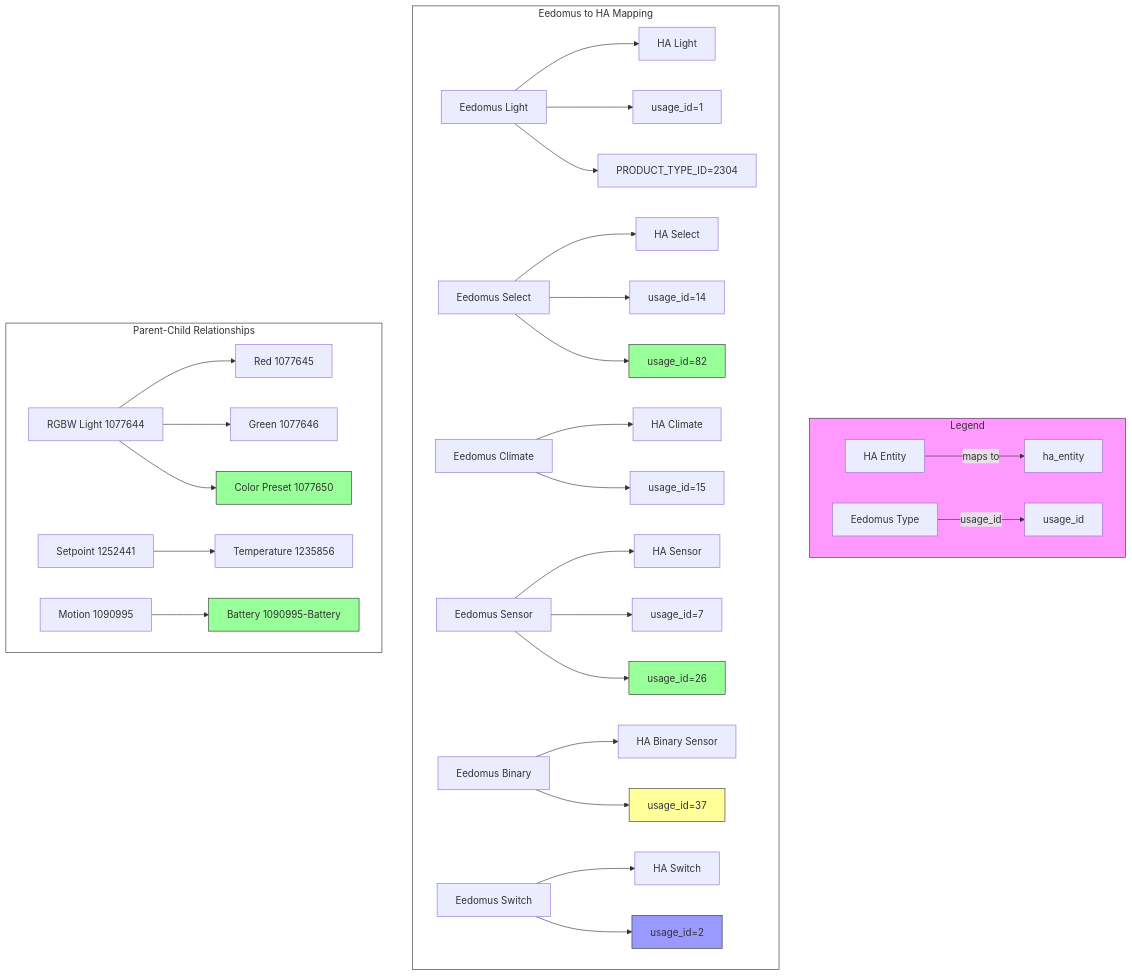
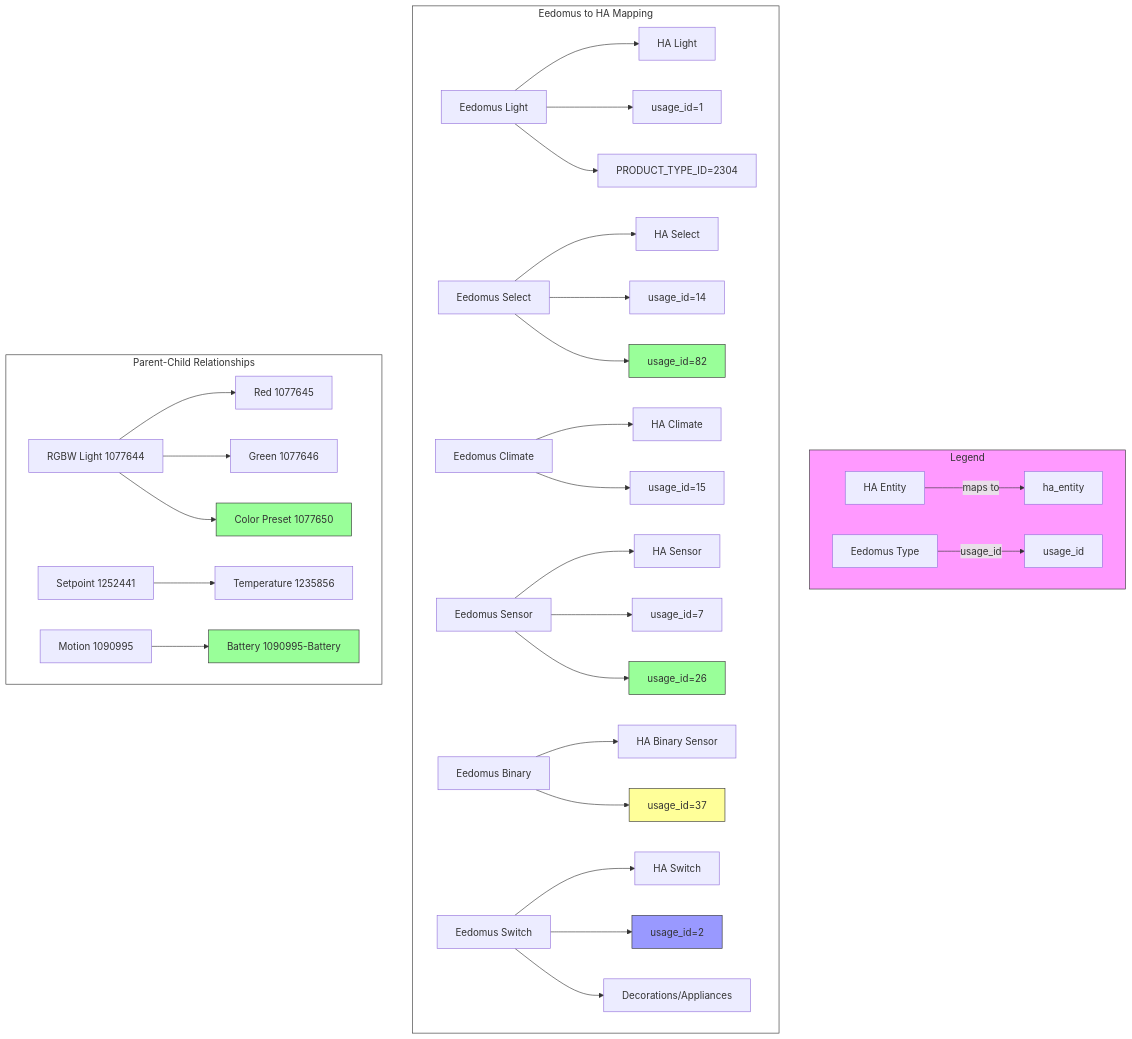
One commit to Dan4Jer/hass-eedomus changed the fourth of 13 diagrams in README.md. Above: the diagram before and after it, drawn with Mermaid. The commit also changed other lines of this file, not shown here.

First line of the commit message:
Update documentation for improved consumption detection logic

````diff
--- a/README.md
+++ b/README.md
@@ -444,63 +449,64 @@
 ```mermaid
 flowchart TD
     subgraph Legend[Legend]
         A[HA Entity] -->|maps to| B[ha_entity]
         C[Eedomus Type] -->|usage_id| D[usage_id]
     end
 
     subgraph MappingTable[Eedomus to HA Mapping]
         %% Lights
         EedomusLight[Eedomus Light] --> HALight[HA Light]
         EedomusLight --> Light1[usage_id=1]
         EedomusLight --> LightRGBW[PRODUCT_TYPE_ID=2304]
         
         %% Select Entities
         EedomusSelect[Eedomus Select] --> HASelect[HA Select]
         EedomusSelect --> SelectGroup[usage_id=14]
         EedomusSelect --> SelectColor[usage_id=82]
         
         %% Climate
         EedomusClimate[Eedomus Climate] --> HAClimate[HA Climate]
         EedomusClimate --> ClimateSetpoint[usage_id=15]
         
         %% Sensors
         EedomusSensor[Eedomus Sensor] --> HASensor[HA Sensor]
         EedomusSensor --> SensorTemp[usage_id=7]
         EedomusSensor --> SensorEnergy[usage_id=26]
         
         %% Binary Sensors
         EedomusBinary[Eedomus Binary] --> HABinary[HA Binary Sensor]
         EedomusBinary --> BinaryMotion[usage_id=37]
         
         %% Switches
         EedomusSwitch[Eedomus Switch] --> HASwitch[HA Switch]
         EedomusSwitch --> SwitchConsumption[usage_id=2]
+        EedomusSwitch --> SwitchWithConsumption[Decorations/Appliances]
     end
 
     %% Parent-Child Relationships
     subgraph Relationships[Parent-Child Relationships]
         RGBWParent[RGBW Light 1077644] --> RGBWChild1[Red 1077645]
         RGBWParent --> RGBWChild2[Green 1077646]
         RGBWParent --> RGBWColorPreset[Color Preset 1077650]
         
         Thermostat[Setpoint 1252441] --> TempSensor[Temperature 1235856]
         
         MotionSensor[Motion 1090995] --> MotionBattery[Battery 1090995-Battery]
     end
 
     %% Legend
     classDef new fill:#9f9,stroke:#333
     classDef fixed fill:#ff9,stroke:#333
     classDef auto fill:#99f,stroke:#333
 
     SelectColor:::new
     SensorEnergy:::new
     BinaryMotion:::fixed
     SwitchConsumption:::auto
     RGBWColorPreset:::new
     MotionBattery:::new
 
     style Legend fill:#f9f,stroke:#333
     style MappingTable fill:#fff,stroke:#333
     style Relationships fill:#fff,stroke:#333
 ```
````
